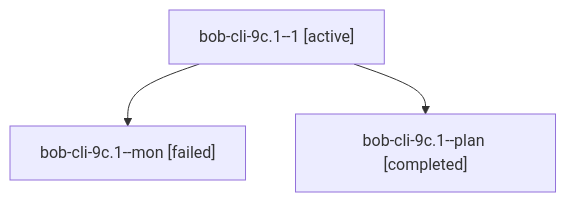
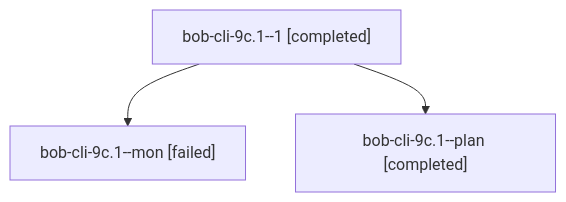
Before and after one commit to bobs-org/bob-cli--agents: the diagram in sessions/bbugyi200.athena.bob-cli-9c.1.md, drawn with Mermaid. The commit also changed other lines of this file and 16 other files, not shown here.

````diff
--- a/sessions/bbugyi200.athena.bob-cli-9c.1.md
+++ b/sessions/bbugyi200.athena.bob-cli-9c.1.md
@@ -9,8 +9,8 @@
 ```mermaid
 flowchart TD
-  n0["bob-cli-9c.1--1 [active]"]
+  n0["bob-cli-9c.1--1 [completed]"]
   n1["bob-cli-9c.1--mon [failed]"]
   n0 --> n1
   n2["bob-cli-9c.1--plan [completed]"]
   n0 --> n2
 ```
````
